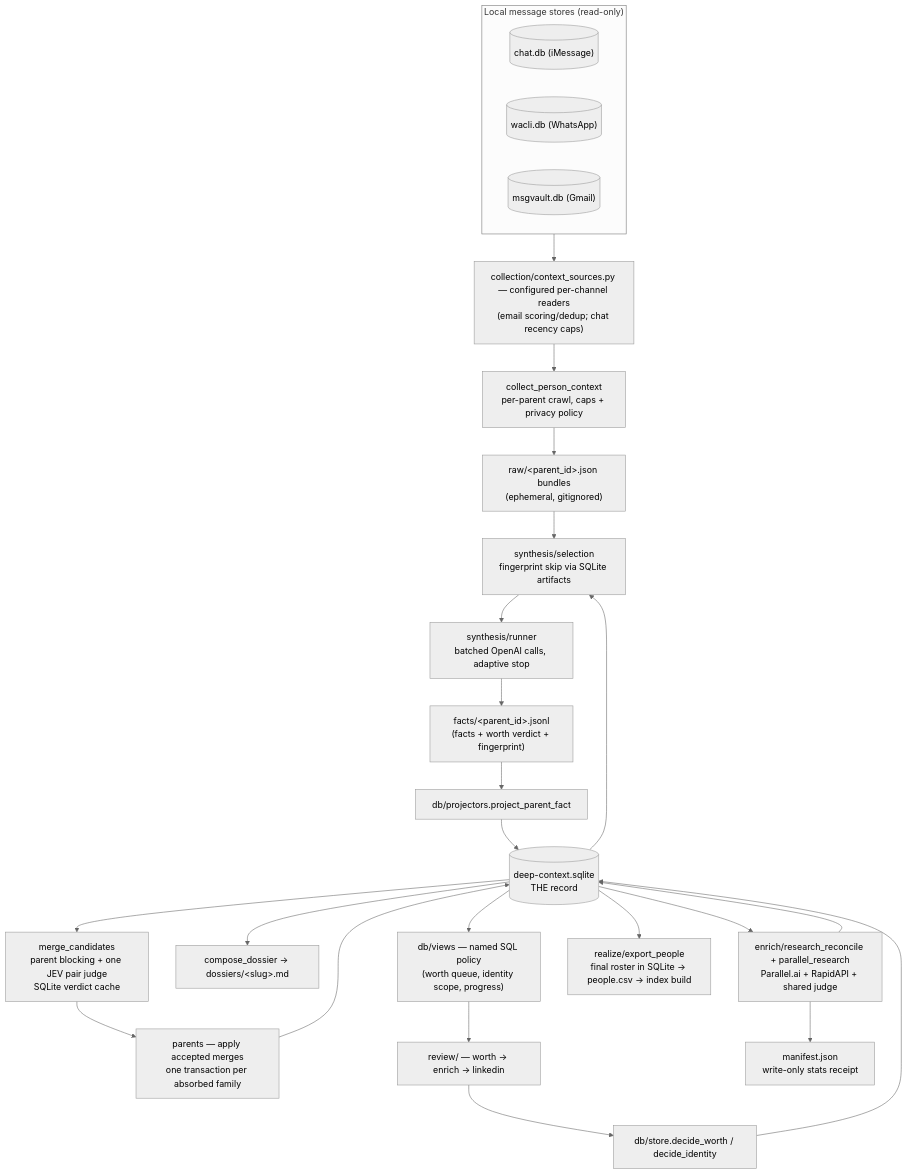
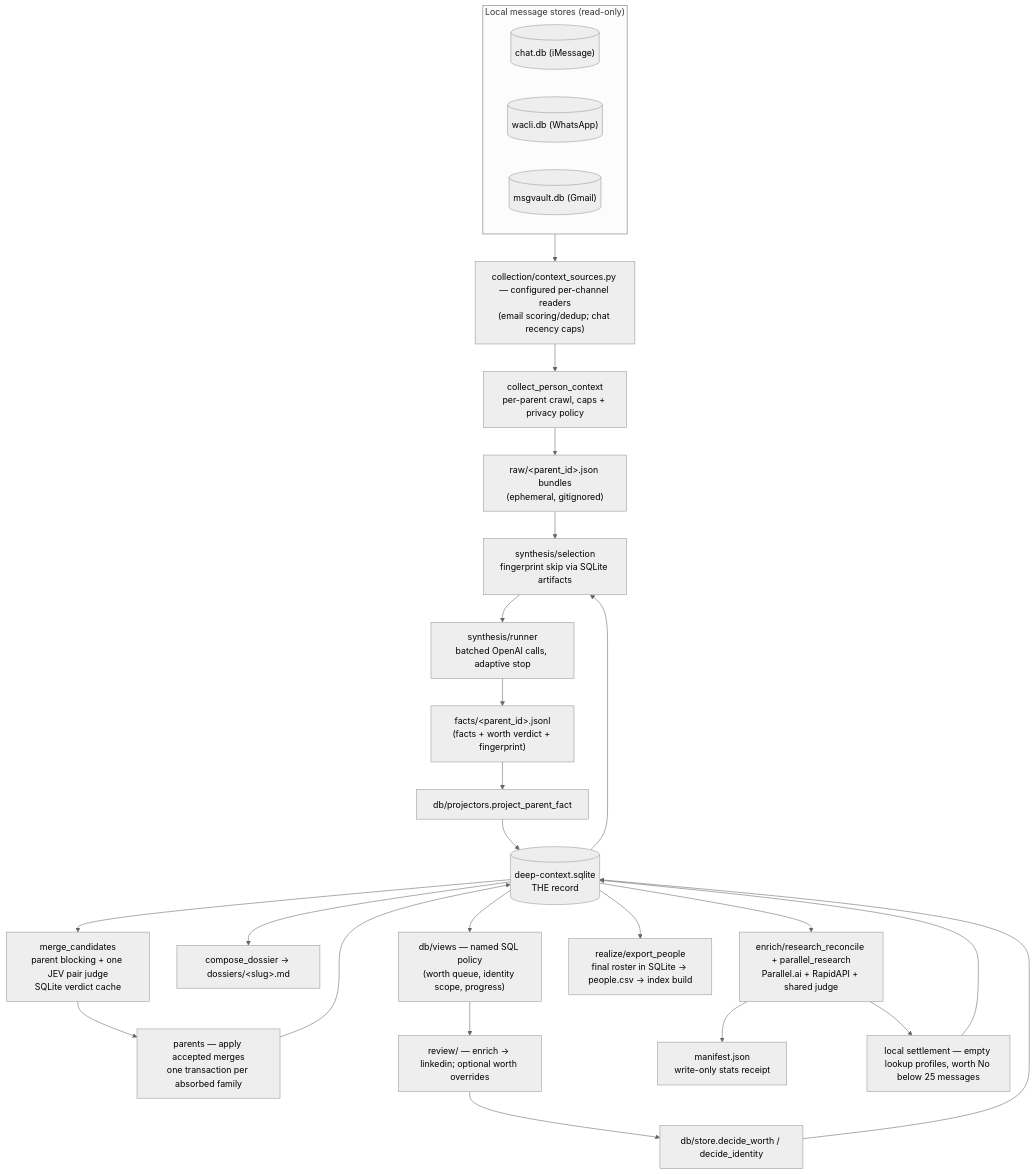
One commit to powerset-co/powerpacks changed the first of 3 diagrams in packs/ingestion/primitives/deep_context/README.md. Above: the diagram before and after it, drawn with Mermaid (neutral theme). The commit also changed other lines of this file and 18 other files, not shown here.

First line of the commit message:
feat(deep-context): enrich without a worth-review stop

````diff
--- a/packs/ingestion/primitives/deep_context/README.md
+++ b/packs/ingestion/primitives/deep_context/README.md
@@ -36,35 +38,36 @@
 ```mermaid
 flowchart TD
   subgraph stores["Local message stores (read-only)"]
     chatdb[("chat.db (iMessage)")]
     waclidb[("wacli.db (WhatsApp)")]
     msgvaultdb[("msgvault.db (Gmail)")]
   end
 
   stores --> readers["collection/context_sources.py — configured per-channel readers\n(email scoring/dedup; chat recency caps)"]
   readers --> collect["collect_person_context\nper-parent crawl, caps + privacy policy"]
   collect --> bundles["raw/&lt;parent_id&gt;.json bundles\n(ephemeral, gitignored)"]
 
   bundles --> select["synthesis/selection\nfingerprint skip via SQLite artifacts"]
   sqlite[("deep-context.sqlite\nTHE record")] --> select
   select --> runner["synthesis/runner\nbatched OpenAI calls, adaptive stop"]
   runner --> factsf["facts/&lt;parent_id&gt;.jsonl\n(facts + worth verdict + fingerprint)"]
   factsf --> pfacts["db/projectors.project_parent_fact"]
   pfacts --> sqlite
 
   sqlite --> cluster["merge_candidates\nparent blocking + one JEV pair judge\nSQLite verdict cache"]
   cluster --> parents["parents — apply accepted merges\none transaction per absorbed family"]
   parents --> sqlite
   sqlite --> dossier["compose_dossier → dossiers/&lt;slug&gt;.md"]
 
   sqlite --> views["db/views — named SQL policy\n(worth queue, identity scope, progress)"]
-  views --> web["review/ — worth → enrich → linkedin"]
+  views --> web["review/ — enrich → linkedin; optional worth overrides"]
   web --> decide["db/store.decide_worth / decide_identity"]
   decide --> sqlite
 
   sqlite --> research["enrich/research_reconcile + parallel_research\nParallel.ai + RapidAPI + shared judge"]
   research --> receipt["manifest.json\nwrite-only stats receipt"]
-  research --> sqlite
+  research --> settle["local settlement — empty lookup profiles, worth No below 25 messages"]
+  settle --> sqlite
 
   sqlite --> realize["realize/export_people\nfinal roster in SQLite → people.csv → index build"]
 ```
````
